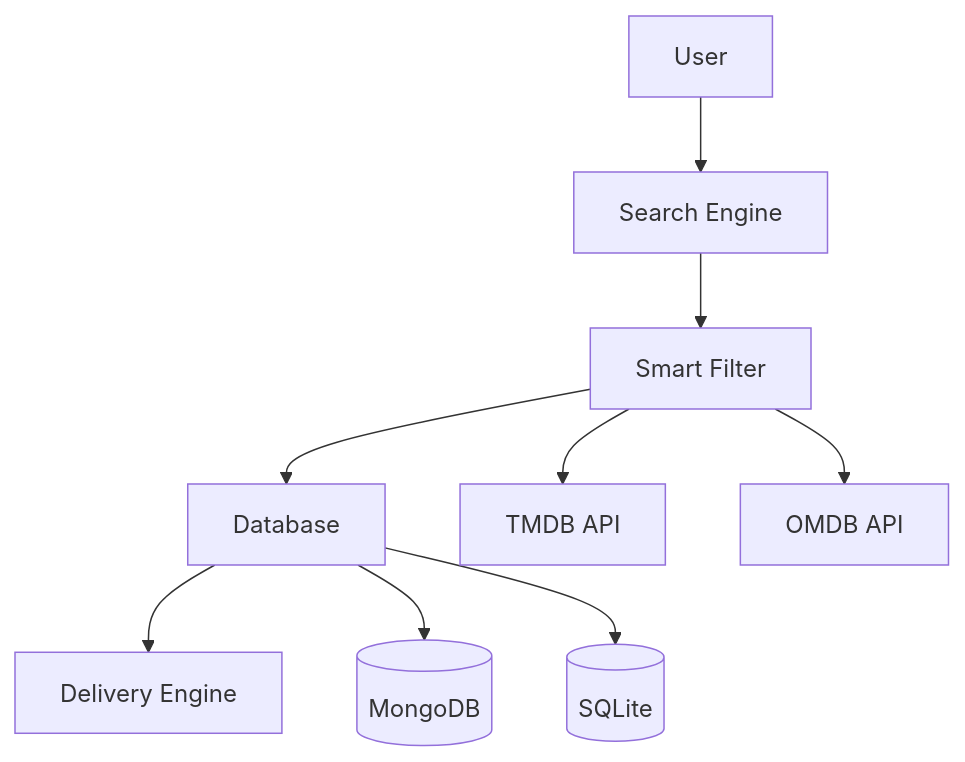
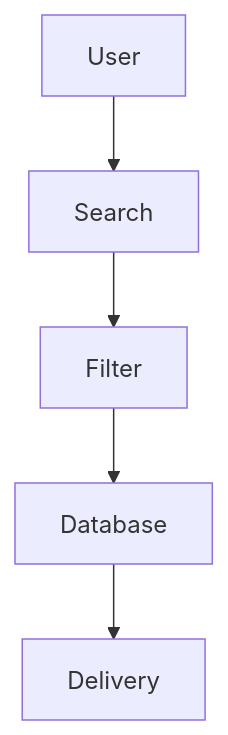
One commit to itsafxal/SeriesFilterBot changed the diagram in README.md. Above: the diagram before and after it, drawn with Mermaid. The commit also changed other lines of this file, not shown here.

````diff
--- a/README.md
+++ b/README.md
@@ -84,12 +76,7 @@
-```mermaid id="systemflowfinal2"
+```mermaid
 graph TD
-A[User] --> B[Search Engine]
-B --> C[Smart Filter]
+A[User] --> B[Search]
+B --> C[Filter]
 C --> D[Database]
-D --> E[Delivery Engine]
-
-D --> F[(MongoDB)]
-D --> G[(SQLite)]
-C --> H[TMDB API]
-C --> I[OMDB API]
+D --> E[Delivery]
 ```
````
